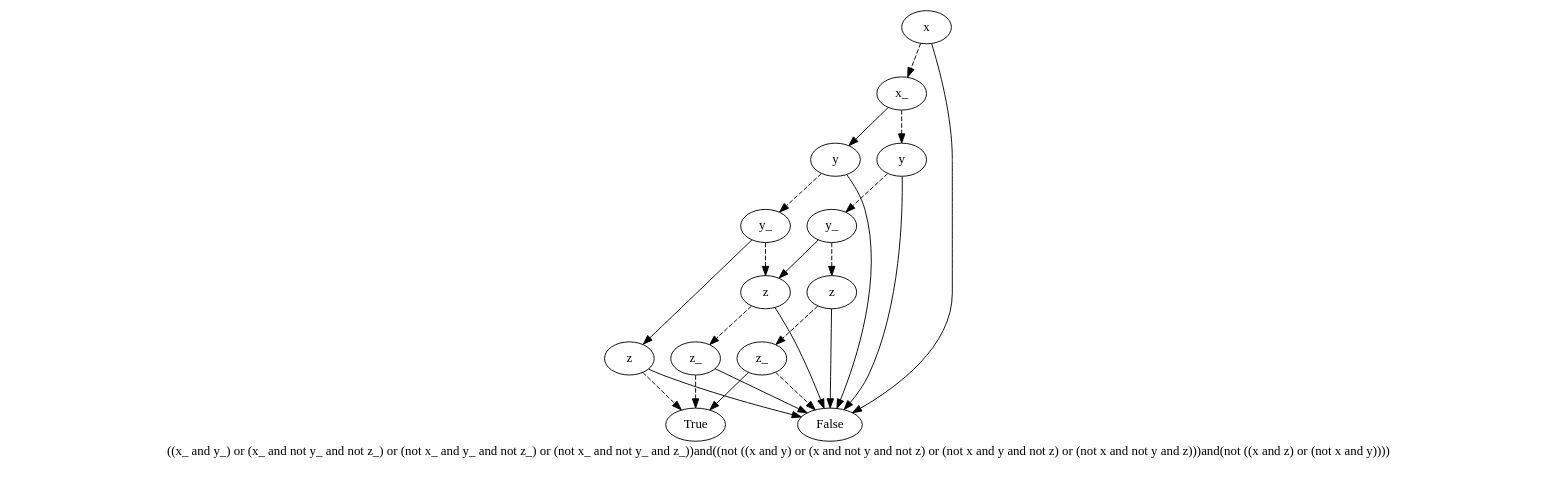
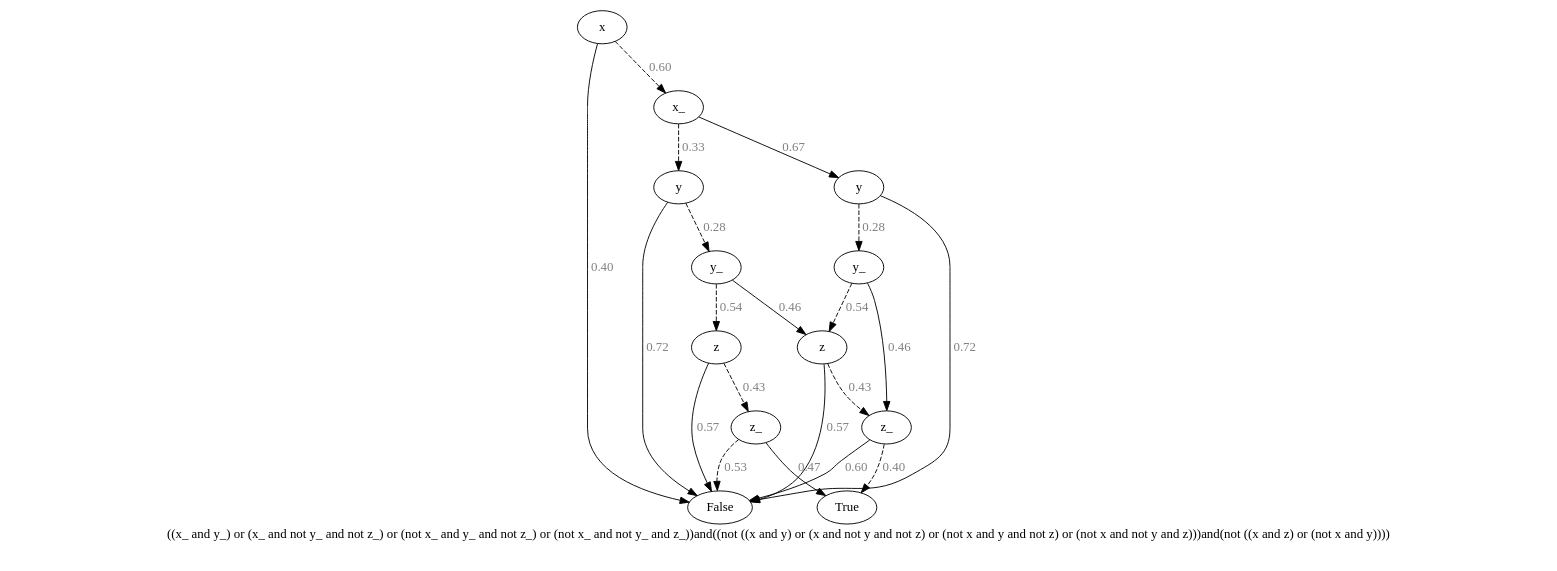
Before and after one commit to O1ez/IncreasingResilienceOfAutomatedVehicles: the diagram in out/_start_5_bdd_fp.dot, drawn with Graphviz. The commit also changed 20 other files, not shown here.

```diff
--- a/out/_start_5_bdd_fp.dot
+++ b/out/_start_5_bdd_fp.dot
@@ -1,58 +1,63 @@
 digraph{
 label="((x_ and y_) or (x_ and not y_ and not z_) or (not x_ and y_ and not z_) or (not x_ and not y_ and z_))and((not ((x and y) or (x and not y and not z) or (not x and y and not z) or (not x and not y and z)))and(not ((x and z) or (not x and y))))\n\n"
-1889826372432[label=x]1889826372048[label="x_ "]
-1889826372432 -> 1889826372048[style=dashed]
-1889826372688[label="y "]
-1889826372048 -> 1889826372688[style=dashed]
-1889826372560[label="y_ "]
-1889826372688 -> 1889826372560[style=dashed]
-1889826372304[label="z "]
-1889826372560 -> 1889826372304[style=dashed]
-1889826372176[label="z_ "]
-1889826372304 -> 1889826372176[style=dashed]
-1889826371920[label="False
+2996655537872[label=x]2996655537232[label="x_
 "]
-1889826372176 -> 1889826371920[style=dashed]
-1889826371536[label="True
+2996655537872 -> 2996655537232[style=dashed label="0.60" fontcolor = gray]
+2996655536752[label="y
 "]
-1889826372176 -> 1889826371536
-1889826371920[label="False
+2996655537232 -> 2996655536752[style=dashed label="0.33" fontcolor = gray]
+2996655554800[label="y_
 "]
-1889826372304 -> 1889826371920
-1889826372944[label="z "]
-1889826372560 -> 1889826372944
-1889826373072[label="z_ "]
-1889826372944 -> 1889826373072[style=dashed]
-1889826371536[label="True
+2996655536752 -> 2996655554800[style=dashed label="0.28" fontcolor = gray]
+2996655554960[label="z
 "]
-1889826373072 -> 1889826371536[style=dashed]
-1889826371920[label="False
+2996655554800 -> 2996655554960[style=dashed label="0.54" fontcolor = gray]
+2996655555280[label="z_
 "]
-1889826373072 -> 1889826371920
-1889826371920[label="False
+2996655554960 -> 2996655555280[style=dashed label="0.43" fontcolor = gray]
+2996655537552[label="False
 "]
-1889826372944 -> 1889826371920
-1889826371920[label="False
+2996655555280 -> 2996655537552[style=dashed label="0.53" fontcolor = gray]
+2996655537072[label="True
 "]
-1889826372688 -> 1889826371920
-1889826374864[label="y "]
-1889826372048 -> 1889826374864
-1889826374992[label="y_ "]
-1889826374864 -> 1889826374992[style=dashed]
-1889826372944[label="z "]
-1889826374992 -> 1889826372944[style=dashed]
-1889826376016[label="z "]
-1889826374992 -> 1889826376016
-1889826371536[label="True
+2996655555280 -> 2996655537072 [label="0.47" fontcolor = gray]
+2996655537552[label="False
 "]
-1889826376016 -> 1889826371536[style=dashed]
-1889826371920[label="False
+2996655554960 -> 2996655537552 [label="0.57" fontcolor = gray]
+2996655554640[label="z
 "]
-1889826376016 -> 1889826371920
-1889826371920[label="False
+2996655554800 -> 2996655554640 [label="0.46" fontcolor = gray]
+2996655556400[label="z_
 "]
-1889826374864 -> 1889826371920
-1889826371920[label="False
+2996655554640 -> 2996655556400[style=dashed label="0.43" fontcolor = gray]
+2996655537072[label="True
 "]
-1889826372432 -> 1889826371920
+2996655556400 -> 2996655537072[style=dashed label="0.40" fontcolor = gray]
+2996655537552[label="False
+"]
+2996655556400 -> 2996655537552 [label="0.60" fontcolor = gray]
+2996655537552[label="False
+"]
+2996655554640 -> 2996655537552 [label="0.57" fontcolor = gray]
+2996655537552[label="False
+"]
+2996655536752 -> 2996655537552 [label="0.72" fontcolor = gray]
+2996655536432[label="y
+"]
+2996655537232 -> 2996655536432 [label="0.67" fontcolor = gray]
+2996655558320[label="y_
+"]
+2996655536432 -> 2996655558320[style=dashed label="0.28" fontcolor = gray]
+2996655554640[label="z
+"]
+2996655558320 -> 2996655554640[style=dashed label="0.54" fontcolor = gray]
+2996655556400[label="z_
+"]
+2996655558320 -> 2996655556400 [label="0.46" fontcolor = gray]
+2996655537552[label="False
+"]
+2996655536432 -> 2996655537552 [label="0.72" fontcolor = gray]
+2996655537552[label="False
+"]
+2996655537872 -> 2996655537552 [label="0.40" fontcolor = gray]
 }
```
